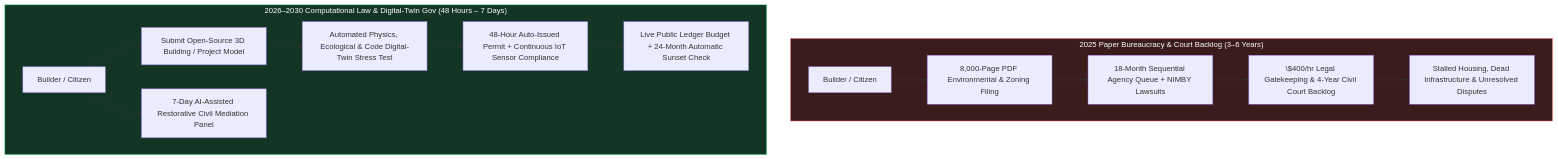
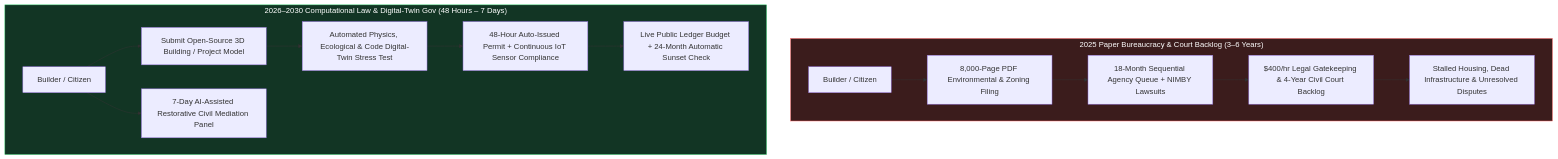
One commit to d-10-g/OneOfMany changed the first of 3 diagrams in vision-shorter-02-social/02-legal-regulatory-and-gov-reboot/REPORT.md. Above: the diagram before and after it, drawn with Mermaid. The commit also changed 23 other files, not shown here.

Commit message:
Fix Mermaid multi-subgraph blank-line parsing and KaTeX dollar escaping across all 85 pathways

````diff
--- a/vision-shorter-02-social/02-legal-regulatory-and-gov-reboot/REPORT.md
+++ b/vision-shorter-02-social/02-legal-regulatory-and-gov-reboot/REPORT.md
@@ -15,20 +15,20 @@
 ```mermaid
 flowchart TD
     subgraph Legacy["2025 Paper Bureaucracy & Court Backlog (3–6 Years)"]
         A["Builder / Citizen"] --> B["8,000-Page PDF Environmental & Zoning Filing"]
         B --> C["18-Month Sequential Agency Queue + NIMBY Lawsuits"]
-        C --> D["\$400/hr Legal Gatekeeping & 4-Year Civil Court Backlog"]
+        C --> D["$400/hr Legal Gatekeeping & 4-Year Civil Court Backlog"]
         D --> E["Stalled Housing, Dead Infrastructure & Unresolved Disputes"]
     end
 
     subgraph Leapfrog["2026–2030 Computational Law & Digital-Twin Gov (48 Hours – 7 Days)"]
         F["Builder / Citizen"] --> G["Submit Open-Source 3D Building / Project Model"]
         G --> H["Automated Physics, Ecological & Code Digital-Twin Stress Test"]
         H --> I["48-Hour Auto-Issued Permit + Continuous IoT Sensor Compliance"]
         F --> J["7-Day AI-Assisted Restorative Civil Mediation Panel"]
         I --> K["Live Public Ledger Budget + 24-Month Automatic Sunset Check"]
     end
 
     style Legacy fill:#3b1c1c,stroke:#ff6b6b,color:#ffffff
     style Leapfrog fill:#123524,stroke:#4ade80,color:#ffffff
 ```
````
